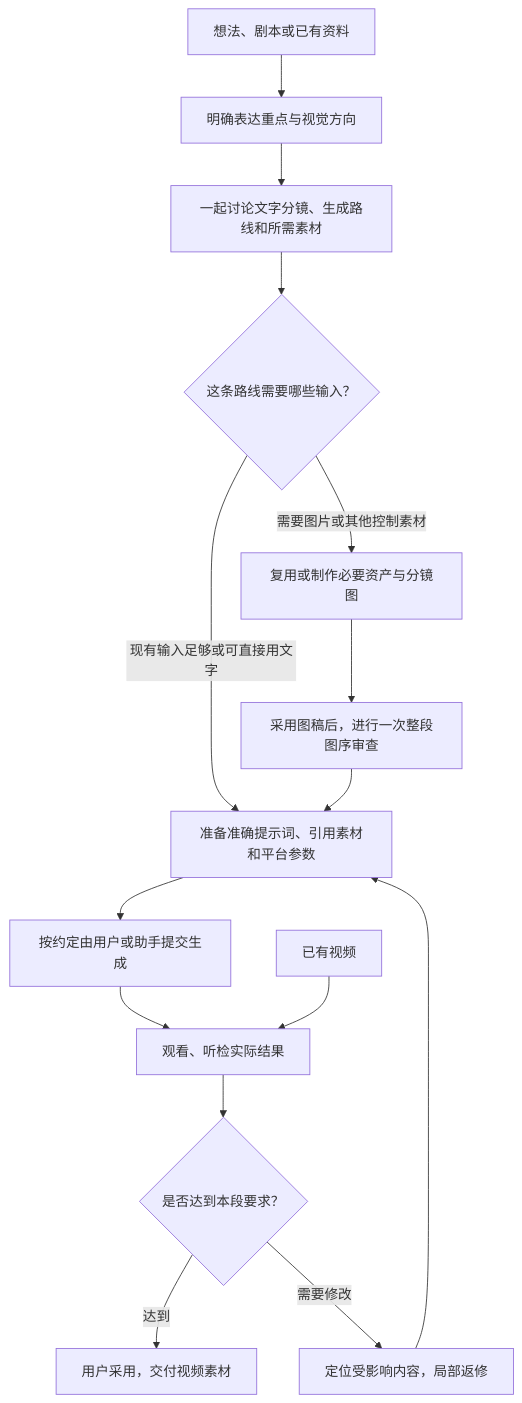
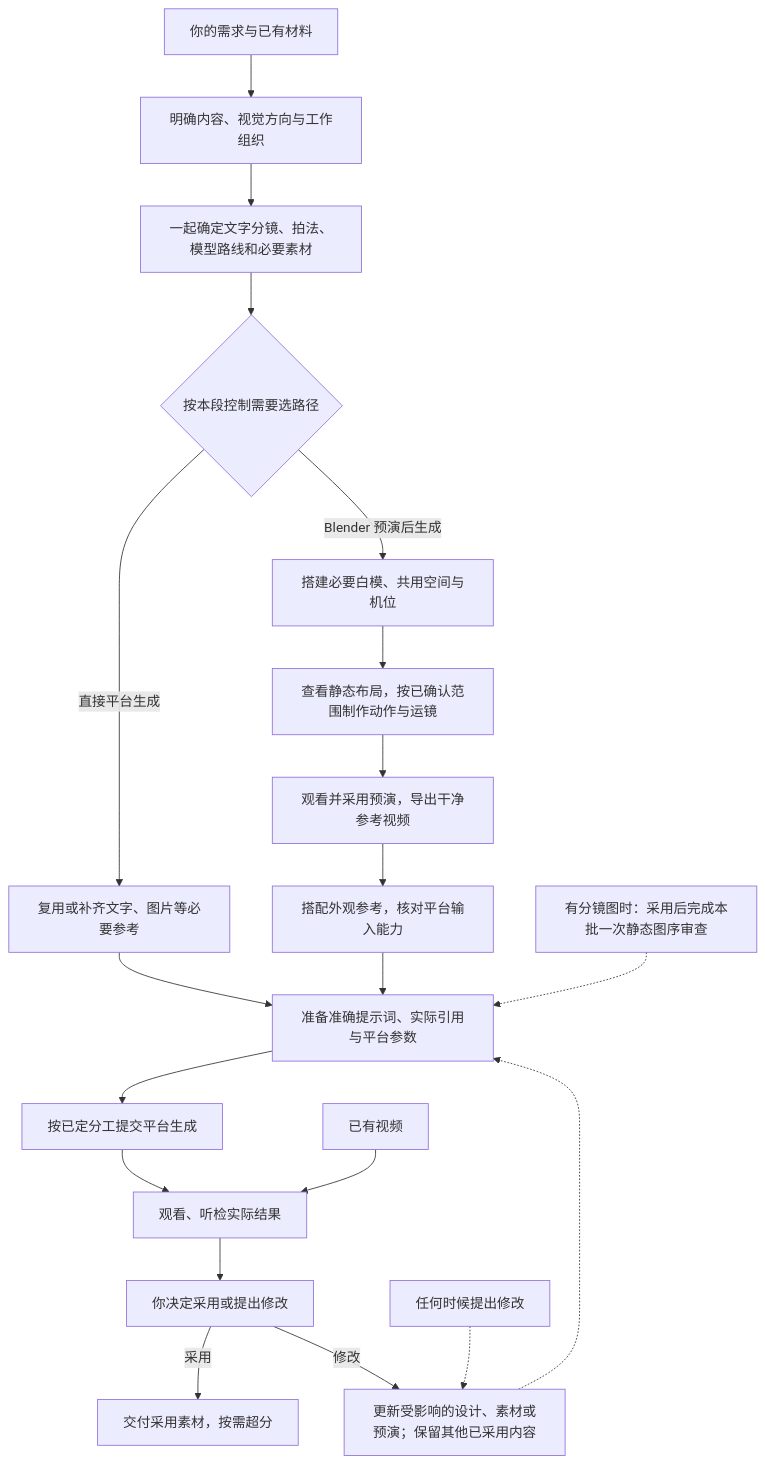
One commit to rickyk1z1/cine-ai-video-director changed the diagram in README.md. Above: the diagram before and after it, drawn with Mermaid. The commit also changed other lines of this file and 2 other files, not shown here.

Commit message:
docs: explain direct generation and Blender previs production paths

````diff
--- a/README.md
+++ b/README.md
@@ -125,17 +125,22 @@
 ```mermaid
 flowchart TD
-    A[想法、剧本或已有资料] --> B[明确表达重点与视觉方向]
-    B --> C[一起讨论文字分镜、生成路线和所需素材]
-    C --> D{这条路线需要哪些输入？}
-    D -->|需要图片或其他控制素材| E[复用或制作必要资产与分镜图]
-    E --> F[采用图稿后，进行一次整段图序审查]
-    D -->|现有输入足够或可直接用文字| G[准备准确提示词、引用素材和平台参数]
-    F --> G
-    G --> H[按约定由用户或助手提交生成]
-    H --> I[观看、听检实际结果]
-    I --> J{是否达到本段要求？}
-    J -->|达到| K[用户采用，交付视频素材]
-    J -->|需要修改| L[定位受影响内容，局部返修]
-    L --> G
-    M[已有视频] --> I
+    A["你的需求与已有材料"] --> B["明确内容、视觉方向与工作组织"]
+    B --> C["一起确定文字分镜、拍法、模型路线和必要素材"]
+    C --> D{"按本段控制需要选路径"}
+    D -->|"直接平台生成"| E["复用或补齐文字、图片等必要参考"]
+    D -->|"Blender 预演后生成"| F["搭建必要白模、共用空间与机位"]
+    F --> F1["查看静态布局，按已确认范围制作动作与运镜"]
+    F1 --> F2["观看并采用预演，导出干净参考视频"]
+    F2 --> F3["搭配外观参考，核对平台输入能力"]
+    E --> G["准备准确提示词、实际引用与平台参数"]
+    F3 --> G
+    N["有分镜图时：采用后完成本批一次静态图序审查"] -.-> G
+    G --> H["按已定分工提交平台生成"]
+    H --> I["观看、听检实际结果"]
+    I --> J["你决定采用或提出修改"]
+    J -->|"采用"| K["交付采用素材，按需超分"]
+    J -->|"修改"| L["更新受影响的设计、素材或预演；保留其他已采用内容"]
+    L -.-> G
+    M["已有视频"] --> I
+    X["任何时候提出修改"] -.-> L
 ```
````
